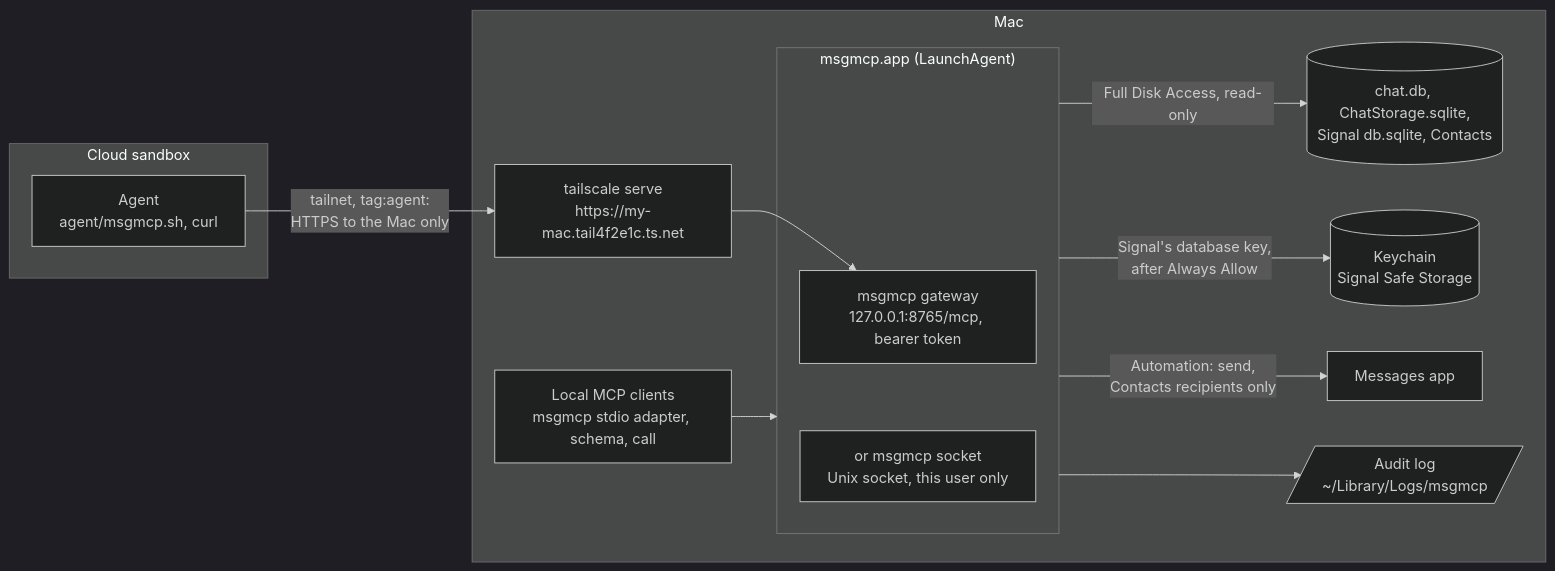
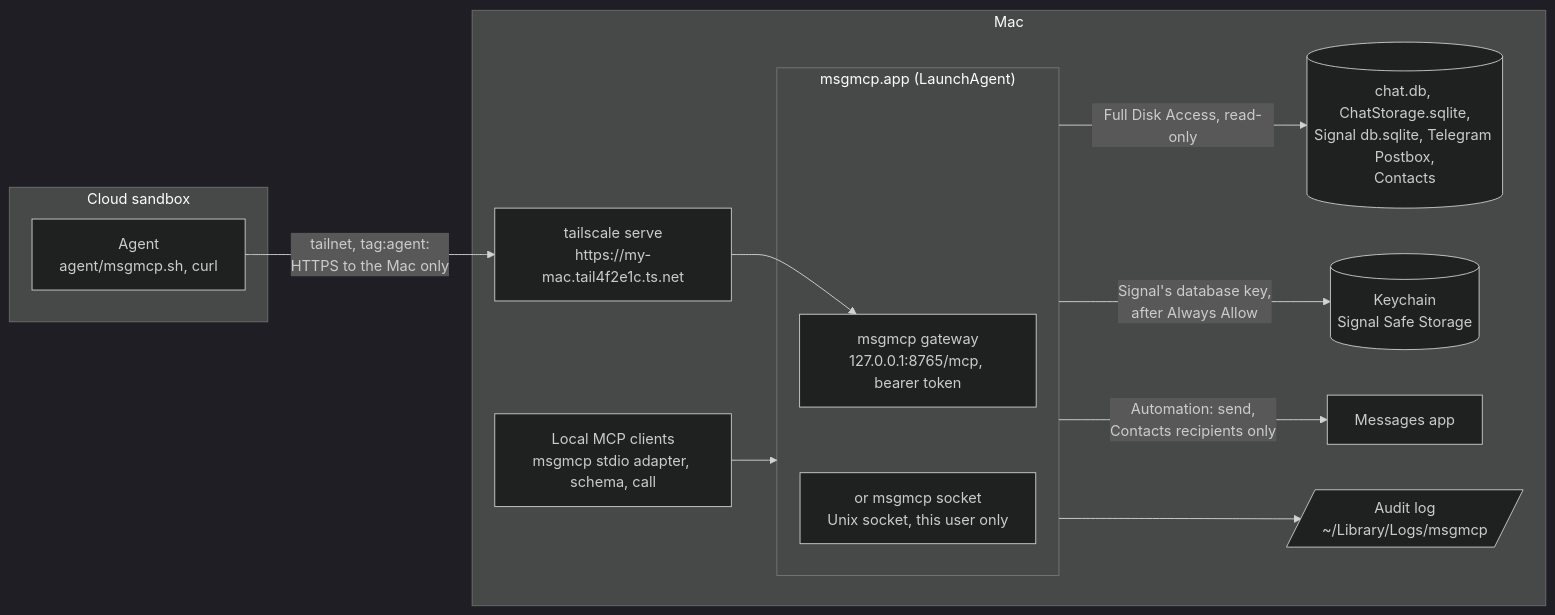
The diagram in README.md (akurilin/msgmcp), drawn with Mermaid (dark theme) before and after one commit. The commit also changed other lines of this file and 17 other files, not shown here.

````diff
--- a/README.md
+++ b/README.md
@@ -35,25 +36,25 @@
 ```mermaid
 flowchart LR
   subgraph cloud["Cloud sandbox"]
     agent["Agent<br/>agent/msgmcp.sh, curl"]
   end
   subgraph mac["Mac"]
     serve["tailscale serve<br/>https://my-mac.tail4f2e1c.ts.net"]
     local["Local MCP clients<br/>msgmcp stdio adapter, schema, call"]
     subgraph app["msgmcp.app (LaunchAgent)"]
       gateway["msgmcp gateway<br/>127.0.0.1:8765/mcp, bearer token"]
       socket["or msgmcp socket<br/>Unix socket, this user only"]
     end
-    stores[("chat.db, ChatStorage.sqlite,<br/>Signal db.sqlite, Contacts")]
+    stores[("chat.db, ChatStorage.sqlite,<br/>Signal db.sqlite, Telegram Postbox,<br/>Contacts")]
     keychain[("Keychain<br/>Signal Safe Storage")]
     messages["Messages app"]
     audit[/"Audit log<br/>~/Library/Logs/msgmcp"/]
   end
   agent -- "tailnet, tag:agent:<br/>HTTPS to the Mac only" --> serve
   serve --> gateway
   local --> app
   app -- "Full Disk Access, read-only" --> stores
   app -- "Signal's database key,<br/>after Always Allow" --> keychain
   app -- "Automation: send,<br/>Contacts recipients only" --> messages
   app --> audit
 ```
````
